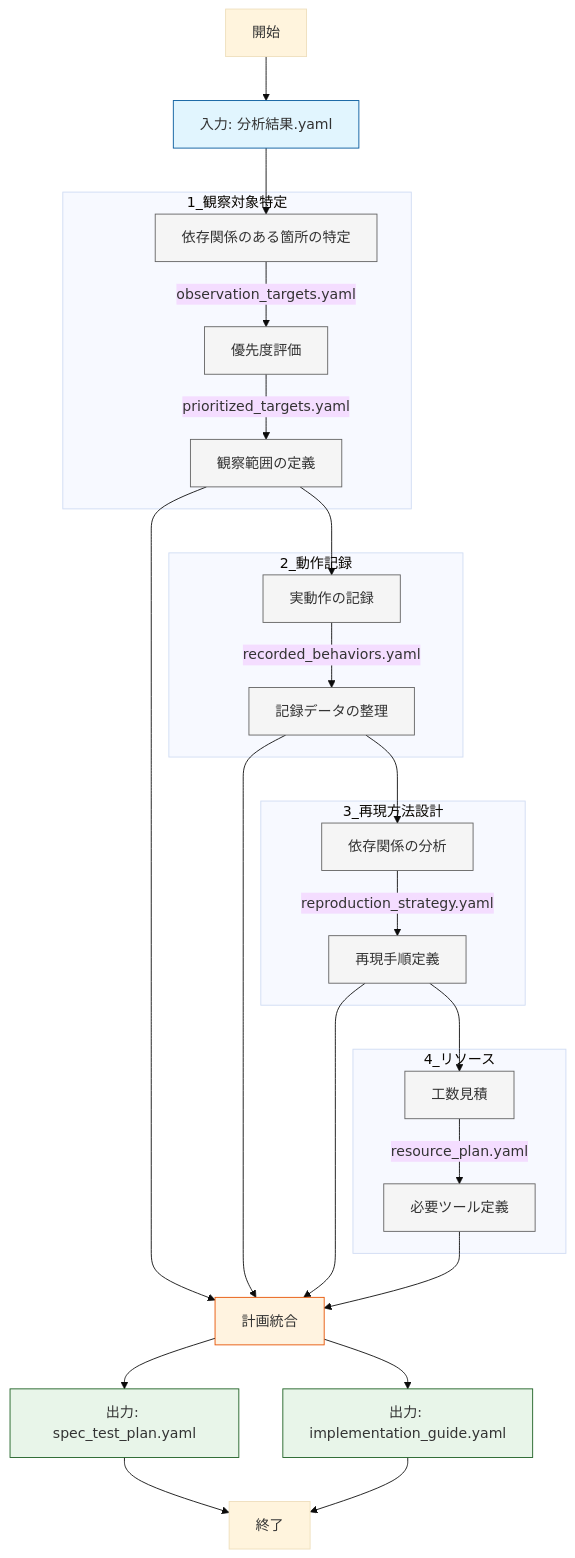
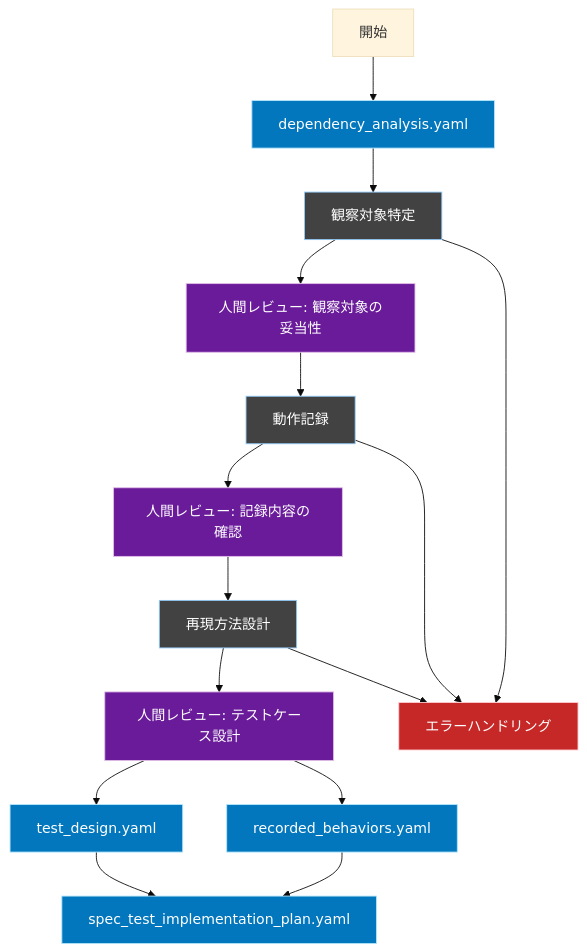
The first of 2 diagrams in FLOW/WORKFLOW_SPEC_TEST_PLAN.md (ryosuke911/WORKFLOW_SPEC_TEST), drawn with Mermaid (base theme) before and after one commit. The commit also changed other lines of this file and 4 other files, not shown here.

````diff
--- a/FLOW/WORKFLOW_SPEC_TEST_PLAN.md
+++ b/FLOW/WORKFLOW_SPEC_TEST_PLAN.md
@@ -4,63 +7,29 @@
 ```mermaid
 graph TD
     %% スタイル定義
-    classDef input fill:#e1f5fe,stroke:#01579b
-    classDef process fill:#f5f5f5,stroke:#616161
-    classDef output fill:#e8f5e9,stroke:#1b5e20
-    classDef merge fill:#fff3e0,stroke:#e65100
+    classDef file fill:#0277bd,stroke:#b3e5fc,color:#fff
+    classDef process fill:#424242,stroke:#90caf9,color:#fff
+    classDef output fill:#2e7d32,stroke:#a5d6a7,color:#fff
+    classDef error fill:#c62828,stroke:#ffcdd2,color:#fff
+    classDef review fill:#6a1b9a,stroke:#e1bee7,color:#fff
+
+    Input[dependency_analysis.yaml]:::file
     
-    Start[開始]
-    Input[入力: 分析結果.yaml]:::input
-    Merge[計画統合]:::merge
-    Output1[出力: spec_test_plan.yaml]:::output
-    Output2[出力: implementation_guide.yaml]:::output
-    End[終了]
+    Start[開始] --> Input
+    Input --> Phase1[観察対象特定]:::process
+    Phase1 --> Review1[人間レビュー: 観察対象の妥当性]:::review
+    Review1 --> Phase2[動作記録]:::process
+    Phase2 --> Review2[人間レビュー: 記録内容の確認]:::review
+    Review2 --> Phase3[再現方法設計]:::process
+    Phase3 --> Review3[人間レビュー: テストケース設計]:::review
     
-    Start --> Input
+    Error[エラーハンドリング]:::error
+    Phase1 --> Error
+    Phase2 --> Error
+    Phase3 --> Error
     
-    subgraph 1_観察対象特定
-    A1[依存関係のある箇所の特定]:::process
-    A2[優先度評価]:::process
-    A3[観察範囲の定義]:::process
-    
-    A1 --> |observation_targets.yaml| A2
-    A2 --> |prioritized_targets.yaml| A3
-    end
-    
-    subgraph 2_動作記録
-    B1[実動作の記録]:::process
-    B2[記録データの整理]:::process
-    
-    B1 --> |recorded_behaviors.yaml| B2
-    end
-    
-    subgraph 3_再現方法設計
-    C1[依存関係の分析]:::process
-    C2[再現手順定義]:::process
-    
-    C1 --> |reproduction_strategy.yaml| C2
-    end
-    
-    subgraph 4_リソース
-    D1[工数見積]:::process
-    D2[必要ツール定義]:::process
-    
-    D1 --> |resource_plan.yaml| D2
-    end
-    
-    Input --> A1
-    A3 --> B1
-    B2 --> C1
-    C2 --> D1
-    
-    A3 --> Merge
-    B2 --> Merge
-    C2 --> Merge
-    D2 --> Merge
-    
-    Merge --> Output1
-    Merge --> Output2
-    
-    Output1 --> End
-    Output2 --> End
+    Review3 --> TD[test_design.yaml]:::file
+    Review3 --> RB[recorded_behaviors.yaml]:::file
+    TD --> IP[spec_test_implementation_plan.yaml]:::file
+    RB --> IP
 ```
````
